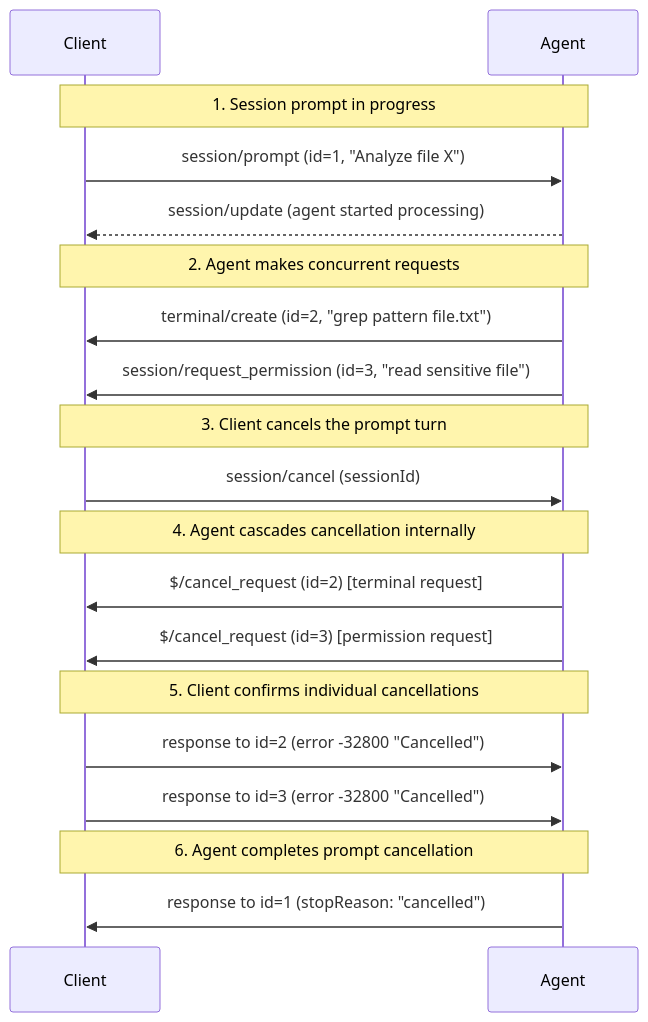
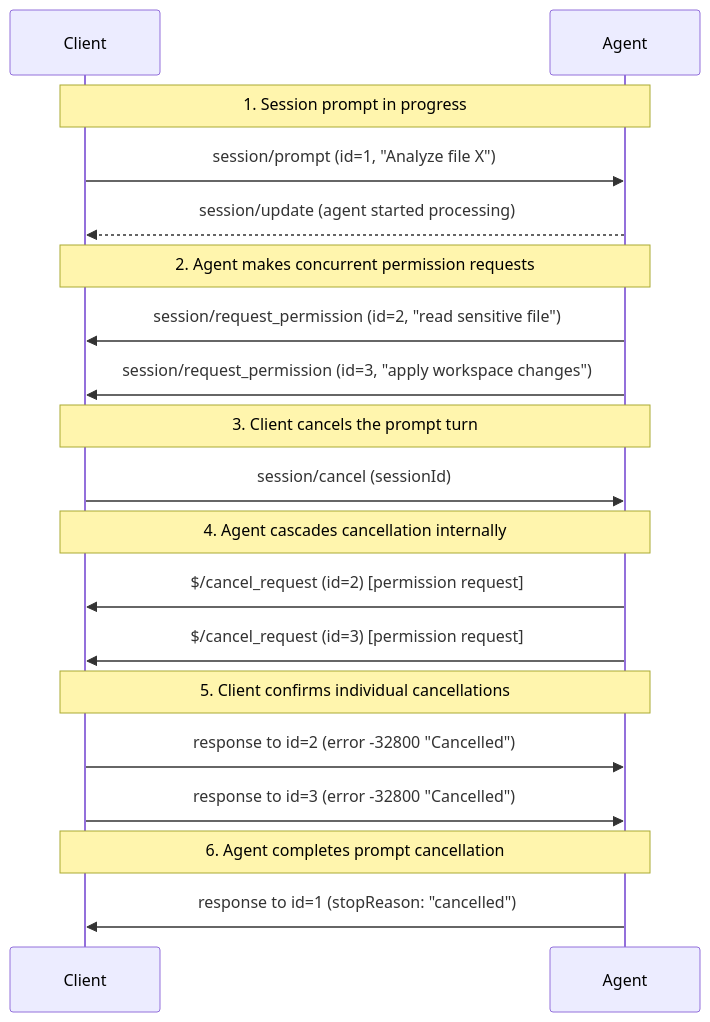
Before and after one commit to dayanruben/agent-client-protocol: the diagram in docs/protocol/v2/draft/cancellation.mdx, drawn with Mermaid. The commit also changed 26 other files, not shown here.

Commit message:
feat(unstable-v2): Remove v2 client filesystem and terminal surface (#1346)

````diff
--- a/docs/protocol/v2/draft/cancellation.mdx
+++ b/docs/protocol/v2/draft/cancellation.mdx
@@ -42,27 +42,27 @@
 ```mermaid
 sequenceDiagram
     participant Client
     participant Agent
 
     Note over Client,Agent: 1. Session prompt in progress
     Client->>Agent: session/prompt (id=1, "Analyze file X")
     Agent-->>Client: session/update (agent started processing)
 
-    Note over Client,Agent: 2. Agent makes concurrent requests
-    Agent->>Client: terminal/create (id=2, "grep pattern file.txt")
-    Agent->>Client: session/request_permission (id=3, "read sensitive file")
+    Note over Client,Agent: 2. Agent makes concurrent permission requests
+    Agent->>Client: session/request_permission (id=2, "read sensitive file")
+    Agent->>Client: session/request_permission (id=3, "apply workspace changes")
 
     Note over Client,Agent: 3. Client cancels the prompt turn
     Client->>Agent: session/cancel (sessionId)
 
     Note over Client,Agent: 4. Agent cascades cancellation internally
-    Agent->>Client: $/cancel_request (id=2) [terminal request]
-  Agent->>Client: $/cancel_request (id=3) [permission request]
+    Agent->>Client: $/cancel_request (id=2) [permission request]
+    Agent->>Client: $/cancel_request (id=3) [permission request]
 
     Note over Client,Agent: 5. Client confirms individual cancellations
     Client->>Agent: response to id=2 (error -32800 "Cancelled")
     Client->>Agent: response to id=3 (error -32800 "Cancelled")
 
     Note over Client,Agent: 6. Agent completes prompt cancellation
     Agent->>Client: response to id=1 (stopReason: "cancelled")
 ```
````
